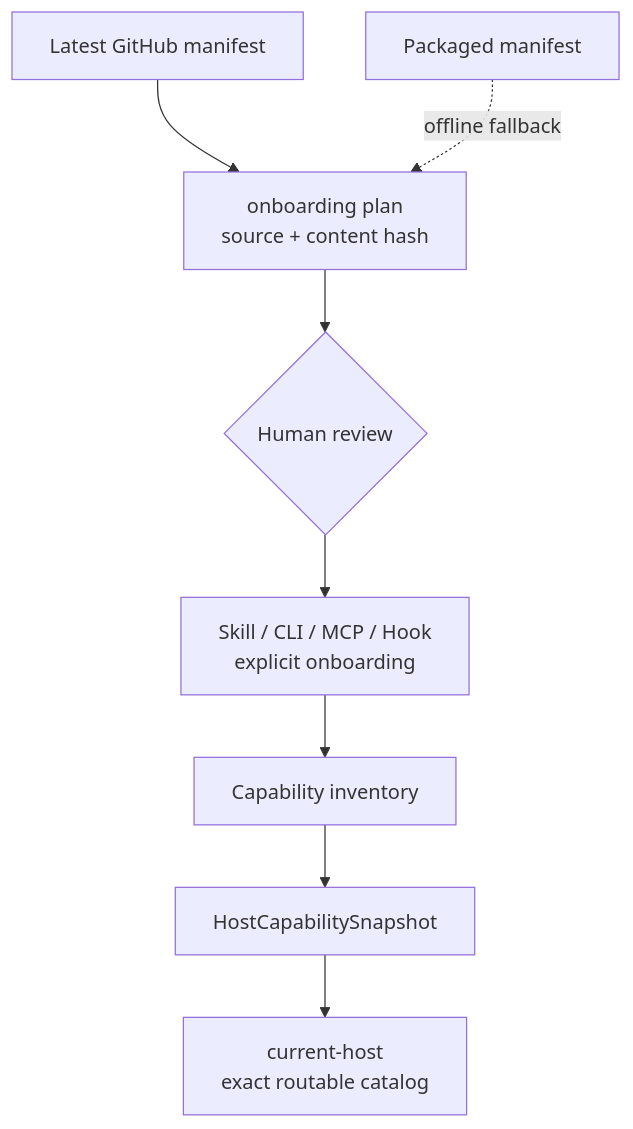
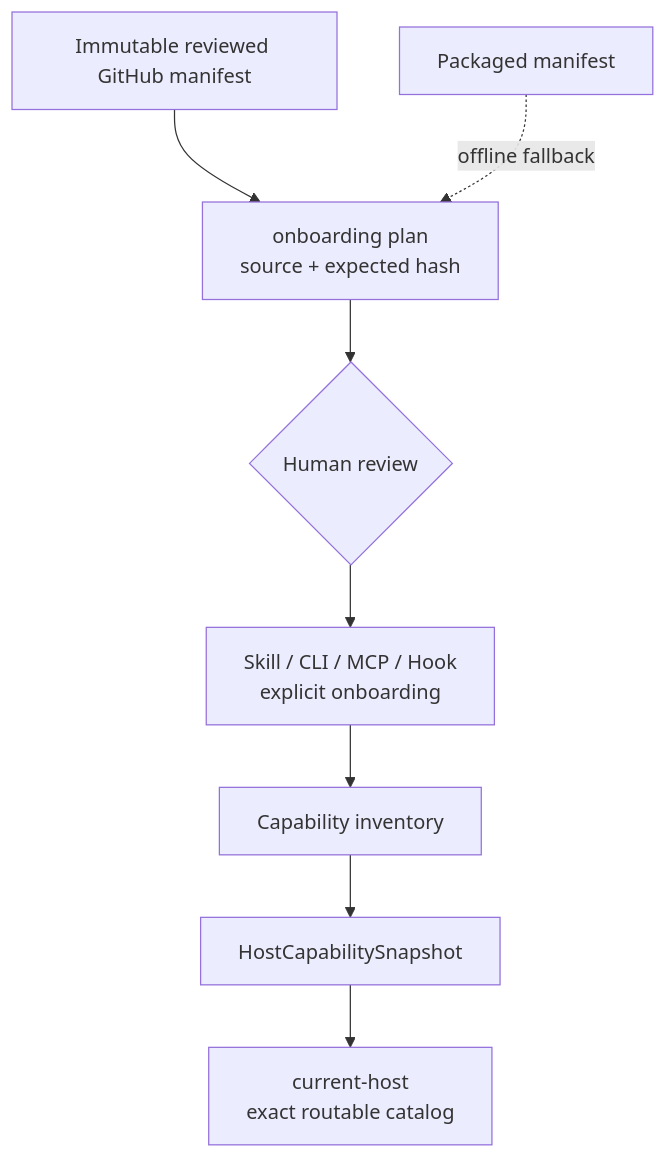
Before and after one commit to FernandeZ-hjm/Agent-General-Staff: the first of 2 diagrams in README.en.md, drawn with Mermaid. The commit also changed other lines of this file and 9 other files, not shown here.

````diff
--- a/README.en.md
+++ b/README.en.md
@@ -174,10 +175,10 @@
 ```mermaid
 flowchart TB
-    GH[Latest GitHub manifest] --> PLAN[onboarding plan<br/>source + content hash]
+    GH[Immutable reviewed GitHub manifest] --> PLAN[onboarding plan<br/>source + expected hash]
     PKG[Packaged manifest] -. offline fallback .-> PLAN
     PLAN --> REVIEW{Human review}
     REVIEW --> EXT[Skill / CLI / MCP / Hook<br/>explicit onboarding]
     EXT --> INV[Capability inventory]
     INV --> SNAP[HostCapabilitySnapshot]
     SNAP --> CAT[current-host<br/>exact routable catalog]
 ```
````
